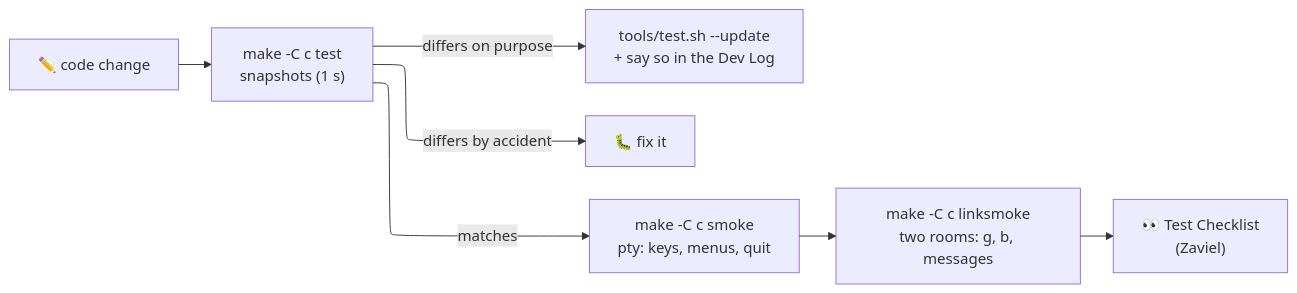
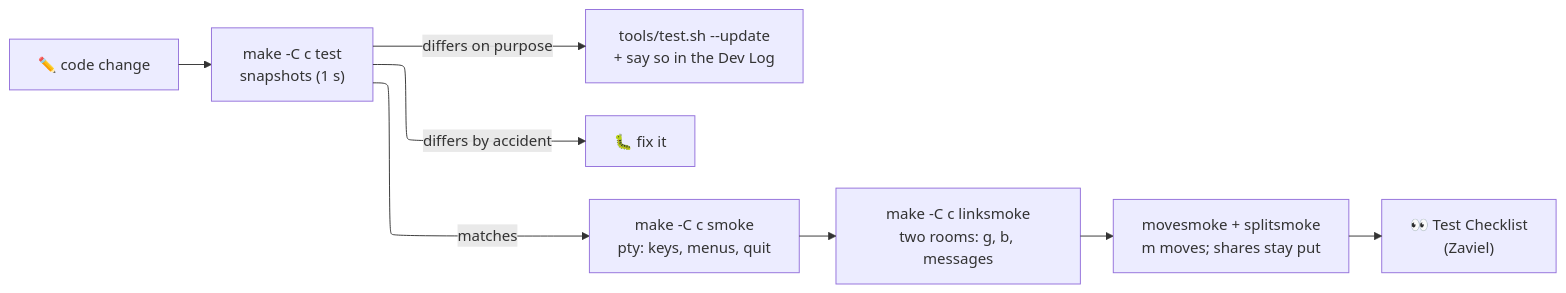
One commit to zelvet-velvet/clawd-room changed the second of 2 diagrams in Clawd Room Note/Notes/Engine and Tests.md. Above: the diagram before and after it, drawn with Mermaid. The commit also changed other lines of this file and 6 other files, not shown here.

````diff
--- a/Clawd Room Note/Notes/Engine and Tests.md
+++ b/Clawd Room Note/Notes/Engine and Tests.md
@@ -66,10 +66,11 @@
 ```mermaid
 %%{init: {"flowchart": {"defaultRenderer": "elk"}}}%%
 flowchart LR
     Change["✏️ code change"] --> T["make -C c test<br/>snapshots (1 s)"]
     T -->|differs on purpose| U["tools/test.sh --update<br/>+ say so in the Dev Log"]
     T -->|differs by accident| Fix["🐛 fix it"]
     T -->|matches| S["make -C c smoke<br/>pty: keys, menus, quit"]
     S --> L["make -C c linksmoke<br/>two rooms: g, b, messages"]
-    L --> Eye["👀 Test Checklist<br/>(Zaviel)"]
+    L --> M["movesmoke + splitsmoke<br/>m moves; shares stay put"]
+    M --> Eye["👀 Test Checklist<br/>(Zaviel)"]
 ```
````
